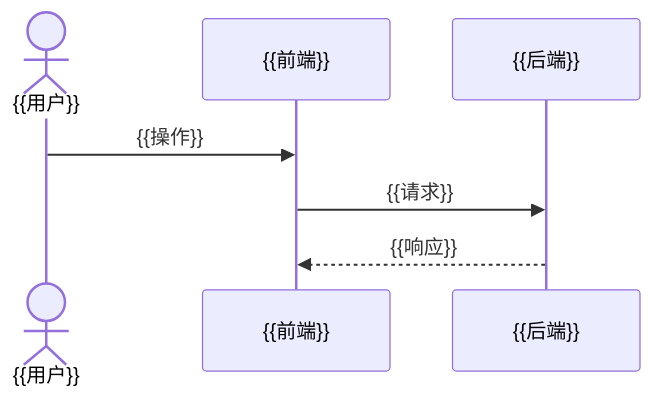
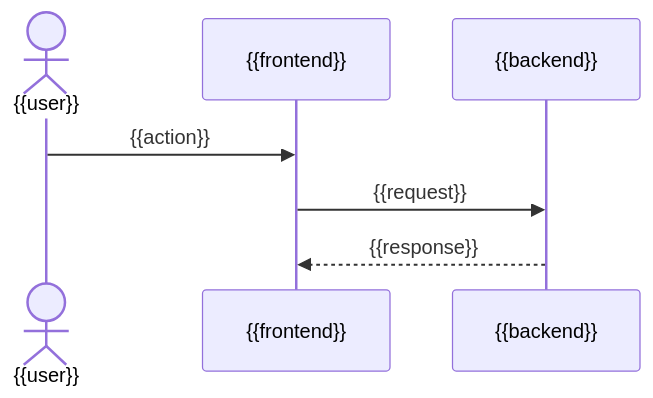
One commit to juanchaopan/dev-workflow changed the third of 4 diagrams in skills/architect/templates/overview.md. Above: the diagram before and after it, drawn with Mermaid. The commit also changed other lines of this file and 102 other files, not shown here.

````diff
--- a/skills/architect/templates/overview.md
+++ b/skills/architect/templates/overview.md
@@ -47,9 +47,9 @@
 ```mermaid
 sequenceDiagram
-  actor U as {{用户}}
-  participant W as {{前端}}
-  participant A as {{后端}}
-  U->>W: {{操作}}
-  W->>A: {{请求}}
-  A-->>W: {{响应}}
+  actor U as {{user}}
+  participant W as {{frontend}}
+  participant A as {{backend}}
+  U->>W: {{action}}
+  W->>A: {{request}}
+  A-->>W: {{response}}
 ```
````
